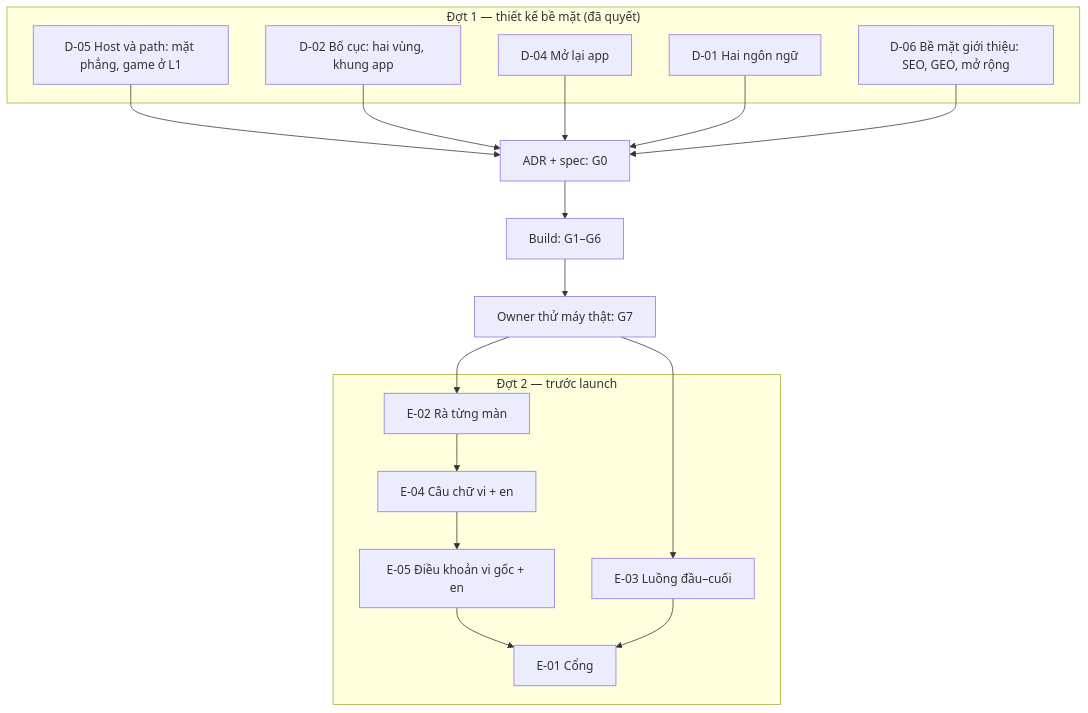
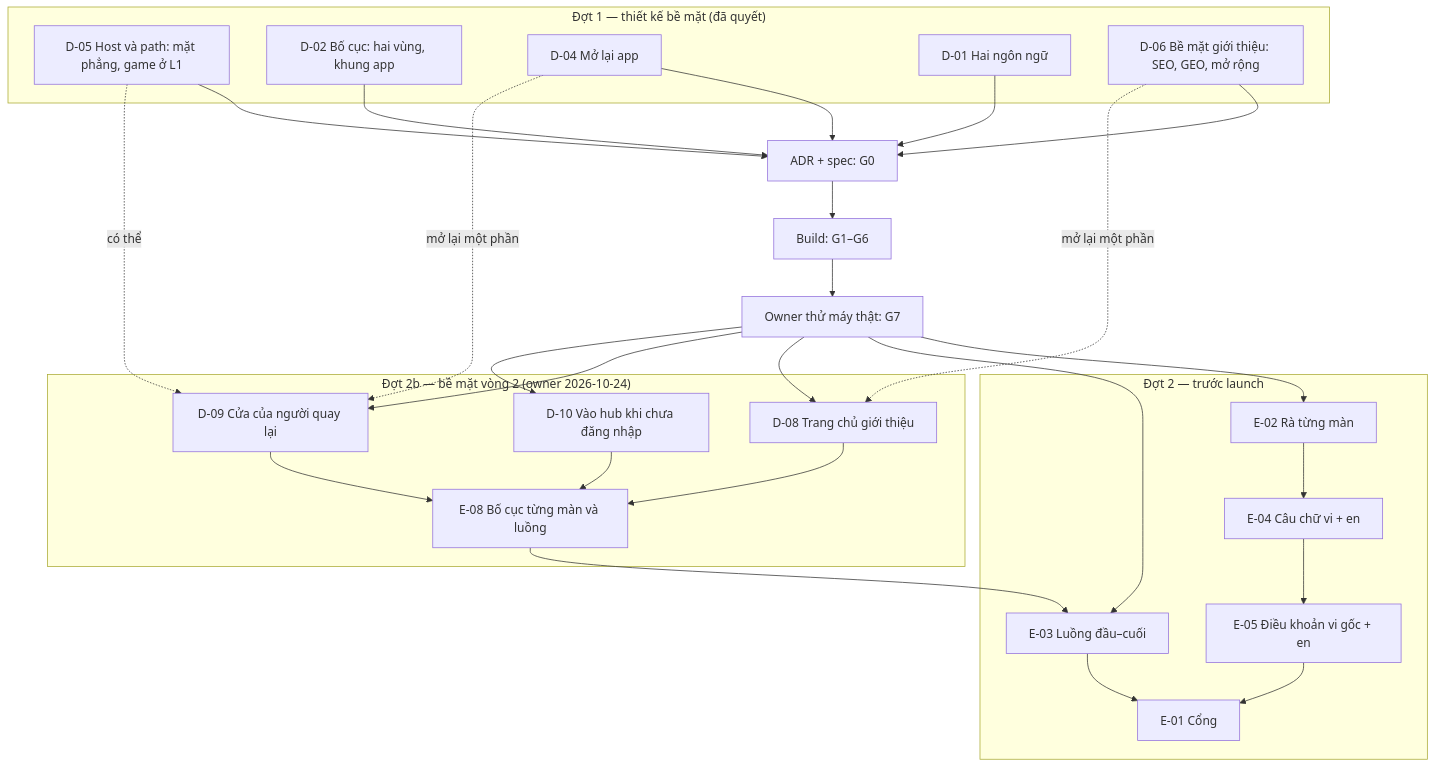
One commit to vinh466/tohe-play changed the diagram in plans/launch-review/map.md. Above: the diagram before and after it, drawn with Mermaid. The commit also changed other lines of this file and 12 other files, not shown here.

````diff
--- a/plans/launch-review/map.md
+++ b/plans/launch-review/map.md
@@ -6,27 +6,38 @@
 ```mermaid
 flowchart TD
   subgraph W1["Đợt 1 — thiết kế bề mặt (đã quyết)"]
     D05[D-05 Host và path: mặt phẳng, game ở L1]
     D02[D-02 Bố cục: hai vùng, khung app]
     D04[D-04 Mở lại app]
     D01[D-01 Hai ngôn ngữ]
     D06[D-06 Bề mặt giới thiệu: SEO, GEO, mở rộng]
   end
   D05 --> ADR
   D02 --> ADR
   D04 --> ADR
   D01 --> ADR
   D06 --> ADR
   ADR[ADR + spec: G0] --> BUILD[Build: G1–G6] --> DEV[Owner thử máy thật: G7]
   subgraph W2["Đợt 2 — trước launch"]
     E02[E-02 Rà từng màn]
     E03[E-03 Luồng đầu–cuối]
     E04[E-04 Câu chữ vi + en]
     E05[E-05 Điều khoản vi gốc + en]
     E01[E-01 Cổng]
   end
   DEV --> E02 & E03
   E02 --> E04
   E04 --> E05 --> E01
   E03 --> E01
+  subgraph W2B["Đợt 2b — bề mặt vòng 2 (owner 2026-10-24)"]
+    D08[D-08 Trang chủ giới thiệu]
+    D09[D-09 Cửa của người quay lại]
+    D10[D-10 Vào hub khi chưa đăng nhập]
+    E08[E-08 Bố cục từng màn và luồng]
+  end
+  DEV --> D08 & D09 & D10
+  D06 -. mở lại một phần .-> D08
+  D04 -. mở lại một phần .-> D09
+  D05 -. có thể .-> D09
+  D08 & D09 & D10 --> E08 --> E03
 ```
````
